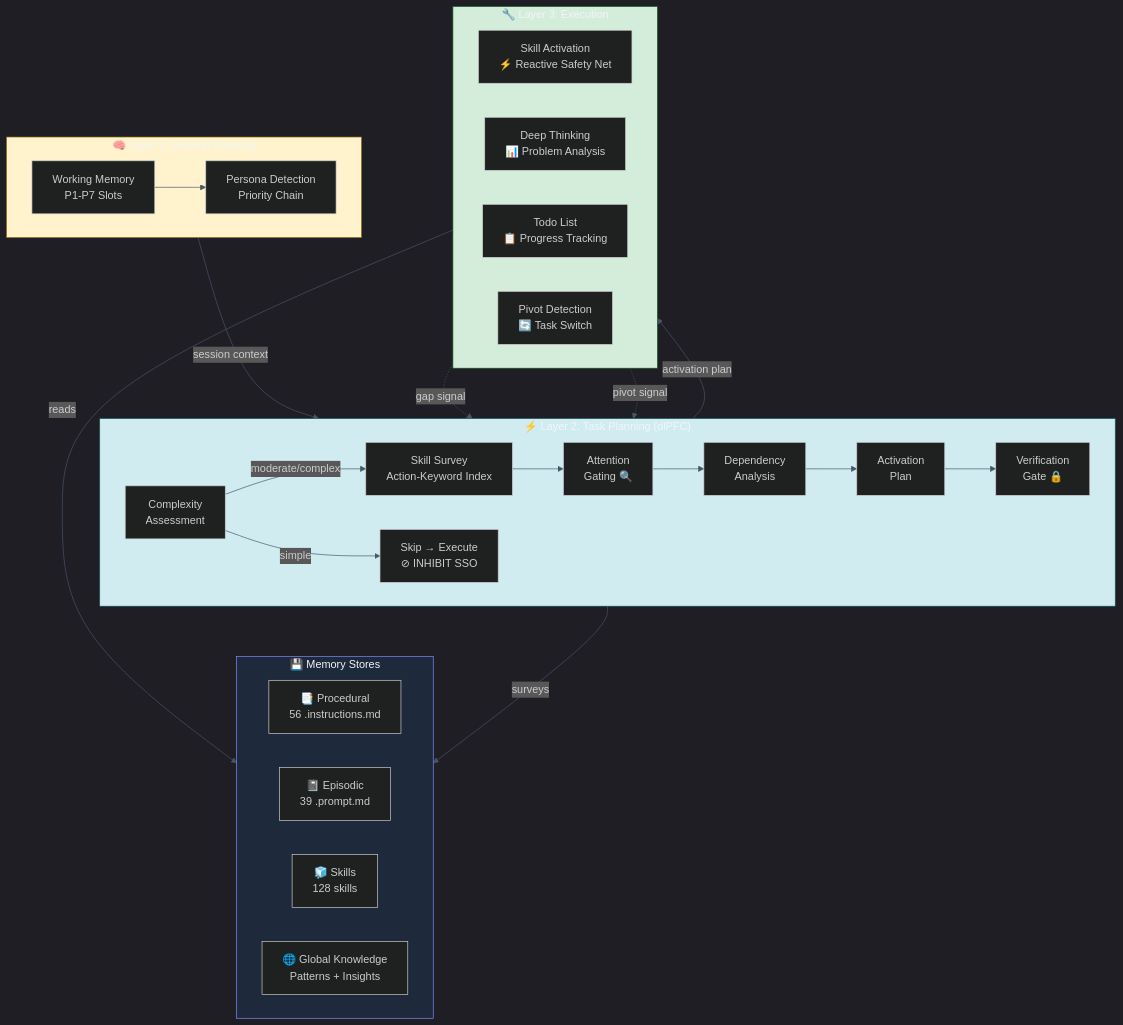
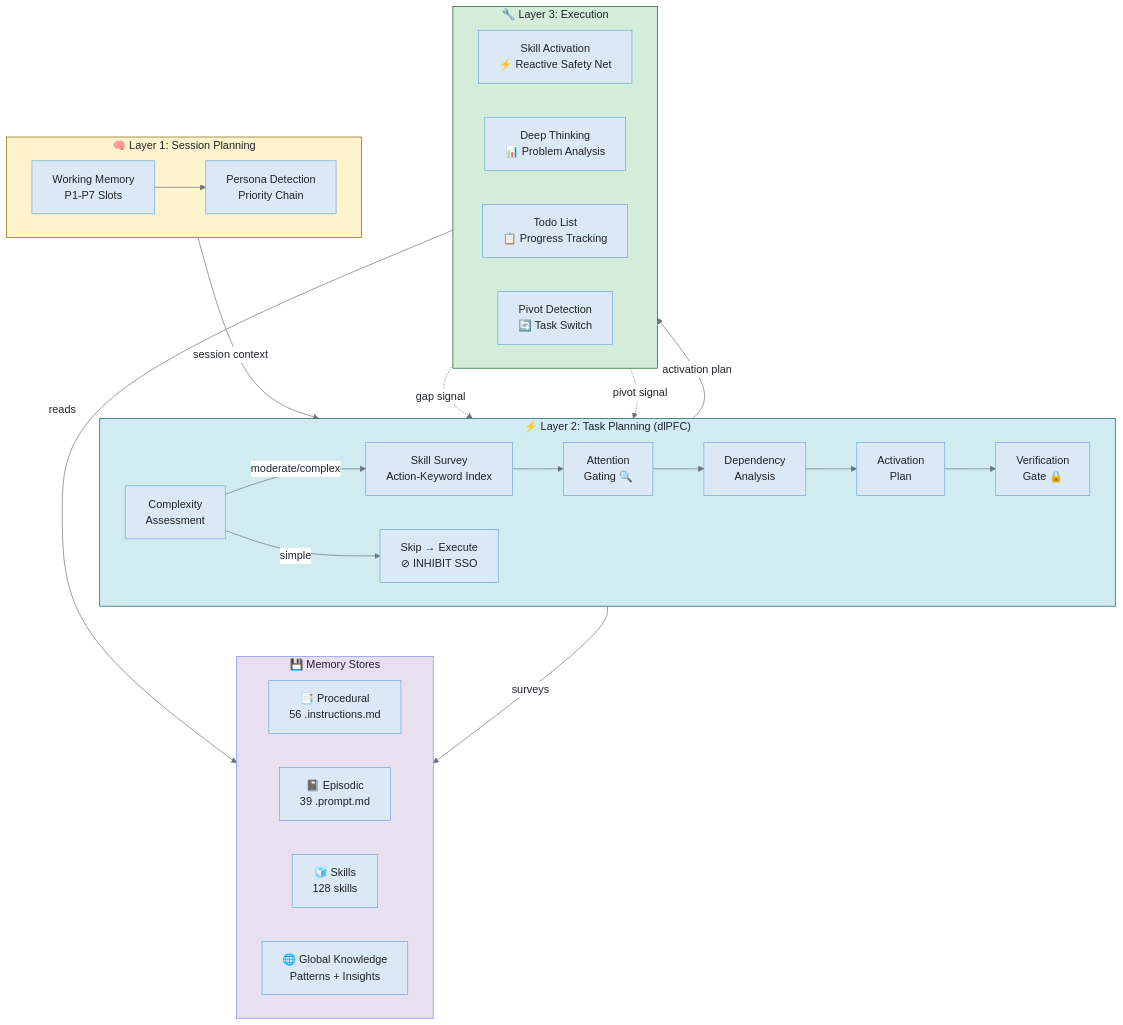
Before and after one commit to fabioc-aloha/Alex_Plug_In: the sixth of 7 diagrams in alex_docs/architecture/COGNITIVE-ARCHITECTURE.md, drawn with Mermaid. The commit also changed other lines of this file and 307 other files, not shown here.

First line of the commit message:
v6.5.0 Trust Release: security, hooks, skill promotions, dependency bumps

````diff
--- a/alex_docs/architecture/COGNITIVE-ARCHITECTURE.md
+++ b/alex_docs/architecture/COGNITIVE-ARCHITECTURE.md
@@ -355,50 +359,50 @@
 ```mermaid
-%%{init: {'theme': 'dark', 'themeVariables': {'background': '#0f172a', 'primaryColor': '#1e293b', 'primaryTextColor': '#f1f5f9', 'primaryBorderColor': '#818cf8', 'lineColor': '#475569', 'secondaryColor': '#1e293b', 'secondaryBorderColor': '#2dd4bf', 'tertiaryColor': '#1e293b', 'fontFamily': 'Segoe UI, system-ui, sans-serif'}}}%%
+%%{init: {'theme': 'base', 'themeVariables': {'background': '#f8f9fa', 'primaryColor': '#dbe9f6', 'primaryTextColor': '#1f2328', 'primaryBorderColor': '#6ea8d9', 'lineColor': '#6b7280', 'secondaryColor': '#d1f5ef', 'secondaryBorderColor': '#5ab5a0', 'tertiaryColor': '#ede7f6', 'tertiaryBorderColor': '#b39ddb', 'edgeLabelBackground': '#ffffff', 'fontFamily': 'Segoe UI, system-ui, sans-serif'}}}%%
 flowchart TB
     subgraph L1["🧠 Layer 1: Session Planning"]
         direction LR
-        WM["Working Memory\nP1-P7 Slots"]
-        PP["Persona Detection\nPriority Chain"]
+        WM["Working Memory<br/>P1-P7 Slots"]
+        PP["Persona Detection<br/>Priority Chain"]
         WM --> PP
     end
 
     subgraph L2["⚡ Layer 2: Task Planning (dlPFC)"]
         direction LR
-        CA["Complexity\nAssessment"]
-        SS["Skill Survey\nAction-Keyword Index"]
-        AG["Attention\nGating 🔍"]
-        DA["Dependency\nAnalysis"]
-        AP["Activation\nPlan"]
-        VG["Verification\nGate 🔒"]
+        CA["Complexity<br/>Assessment"]
+        SS["Skill Survey<br/>Action-Keyword Index"]
+        AG["Attention<br/>Gating 🔍"]
+        DA["Dependency<br/>Analysis"]
+        AP["Activation<br/>Plan"]
+        VG["Verification<br/>Gate 🔒"]
         CA -->|"moderate/complex"| SS --> AG --> DA --> AP --> VG
-        CA -->|"simple"| SKIP["Skip → Execute\n⊘ INHIBIT SSO"]
+        CA -->|"simple"| SKIP["Skip → Execute<br/>⊘ INHIBIT SSO"]
     end
 
     subgraph L3["🔧 Layer 3: Execution"]
         direction LR
-        SA["Skill Activation\n⚡ Reactive Safety Net"]
-        DT["Deep Thinking\n📊 Problem Analysis"]
-        TL["Todo List\n📋 Progress Tracking"]
-        PD["Pivot Detection\n🔄 Task Switch"]
+        SA["Skill Activation<br/>⚡ Reactive Safety Net"]
+        DT["Deep Thinking<br/>📊 Problem Analysis"]
+        TL["Todo List<br/>📋 Progress Tracking"]
+        PD["Pivot Detection<br/>🔄 Task Switch"]
         SA -.->|"gap signal"| SS
         PD -.->|"pivot signal"| CA
     end
 
     subgraph Memory["💾 Memory Stores"]
         direction LR
-        PROC["📑 Procedural\n56 .instructions.md"]
-        EPIS["📓 Episodic\n39 .prompt.md"]
-        SKILLS["🧊 Skills\n128 skills"]
-        GK["🌐 Global Knowledge\nPatterns + Insights"]
+        PROC["📑 Procedural<br/>56 .instructions.md"]
+        EPIS["📓 Episodic<br/>39 .prompt.md"]
+        SKILLS["🧊 Skills<br/>128 skills"]
+        GK["🌐 Global Knowledge<br/>Patterns + Insights"]
     end
 
     L1 -->|"session context"| L2
     L2 -->|"activation plan"| L3
     L3 -->|"reads"| Memory
     L2 -->|"surveys"| SKILLS
 
-    style L1 fill:#fff3cd,stroke:#856404,color:#f1f5f9
-    style L2 fill:#d1ecf1,stroke:#0c5460,color:#f1f5f9
-    style L3 fill:#d4edda,stroke:#155724,color:#f1f5f9
-    style Memory fill:#1e293b,stroke:#818cf8,color:#f1f5f9
+    style L1 fill:#fff3cd,stroke:#856404,color:#1f2328
+    style L2 fill:#d1ecf1,stroke:#0c5460,color:#1f2328
+    style L3 fill:#d4edda,stroke:#155724,color:#1f2328
+    style Memory fill:#e8e0f0,stroke:#818cf8,color:#1f2328
 ```
````
